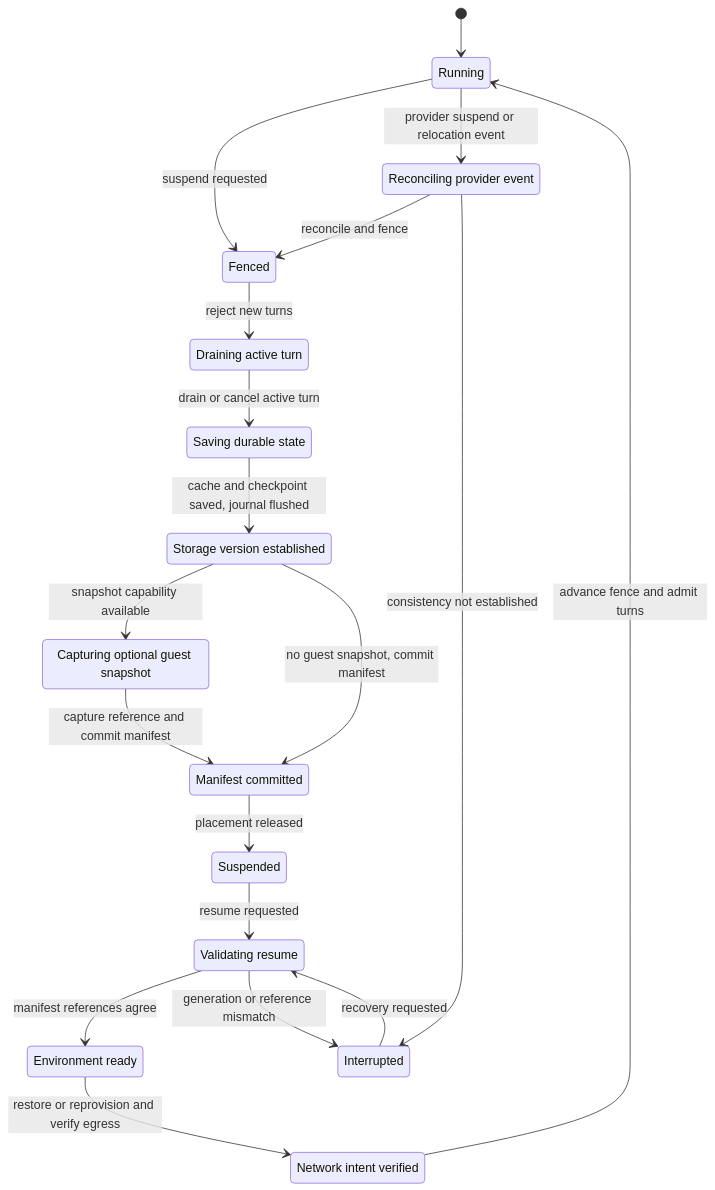
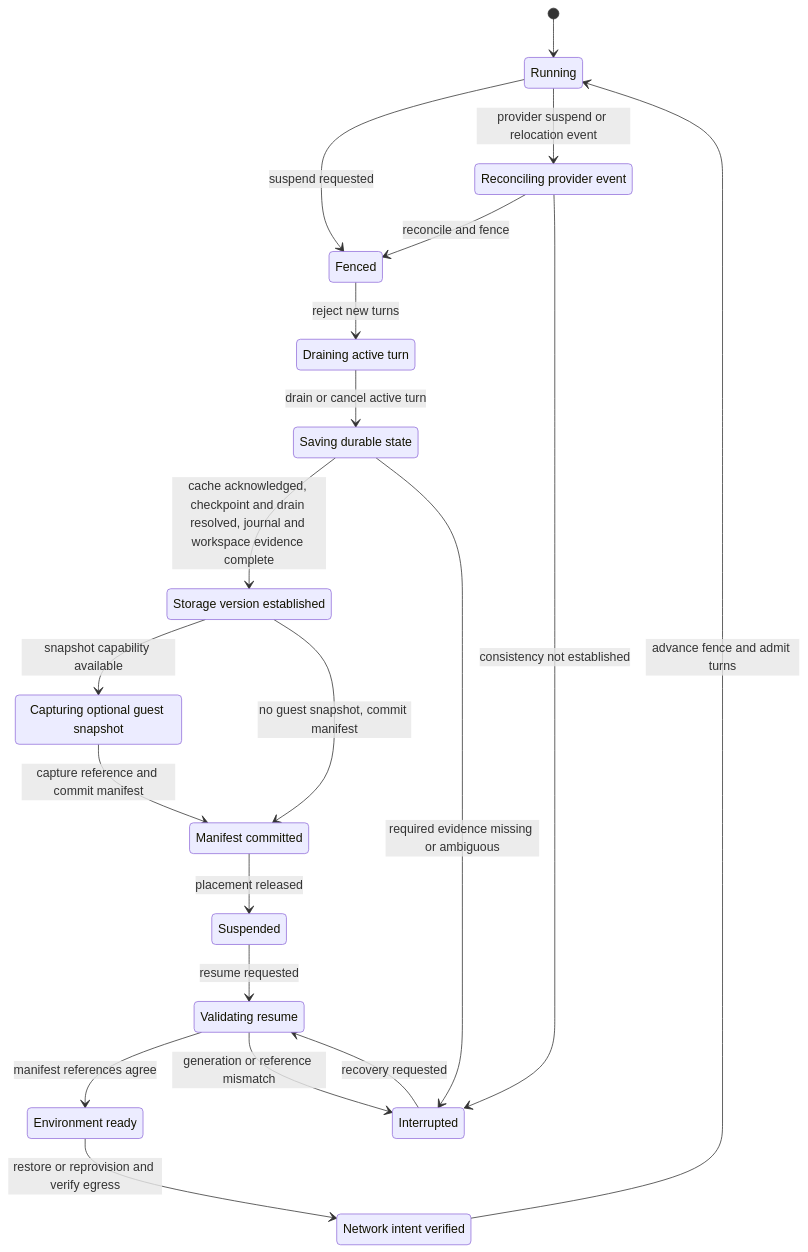
One commit to sabbour/agentweaver changed the first of 4 diagrams in docs/architecture/design/sessions-and-coordination.md. Above: the diagram before and after it, drawn with Mermaid. The commit also changed other lines of this file and 18 other files, not shown here.

````diff
--- a/docs/architecture/design/sessions-and-coordination.md
+++ b/docs/architecture/design/sessions-and-coordination.md
@@ -262,34 +290,35 @@
 ```mermaid
 stateDiagram-v2
     state "Running" as Running
     state "Reconciling provider event" as Reconciling
     state "Fenced" as Fenced
     state "Draining active turn" as Draining
     state "Saving durable state" as Saving
     state "Storage version established" as StorageBound
     state "Capturing optional guest snapshot" as Capturing
     state "Manifest committed" as Committed
     state "Suspended" as Suspended
     state "Validating resume" as Validating
     state "Environment ready" as EnvironmentReady
     state "Network intent verified" as NetworkReady
     state "Interrupted" as Interrupted
     [*] --> Running
     Running --> Fenced: suspend requested
     Running --> Reconciling: provider suspend or relocation event
     Reconciling --> Fenced: reconcile and fence
     Reconciling --> Interrupted: consistency not established
     Fenced --> Draining: reject new turns
     Draining --> Saving: drain or cancel active turn
-    Saving --> StorageBound: cache and checkpoint saved, journal flushed
+    Saving --> StorageBound: cache acknowledged, checkpoint and drain resolved, journal and workspace evidence complete
+    Saving --> Interrupted: required evidence missing or ambiguous
     StorageBound --> Capturing: snapshot capability available
     StorageBound --> Committed: no guest snapshot, commit manifest
     Capturing --> Committed: capture reference and commit manifest
     Committed --> Suspended: placement released
     Suspended --> Validating: resume requested
     Interrupted --> Validating: recovery requested
     Validating --> EnvironmentReady: manifest references agree
     Validating --> Interrupted: generation or reference mismatch
     EnvironmentReady --> NetworkReady: restore or reprovision and verify egress
     NetworkReady --> Running: advance fence and admit turns
 ```
````
